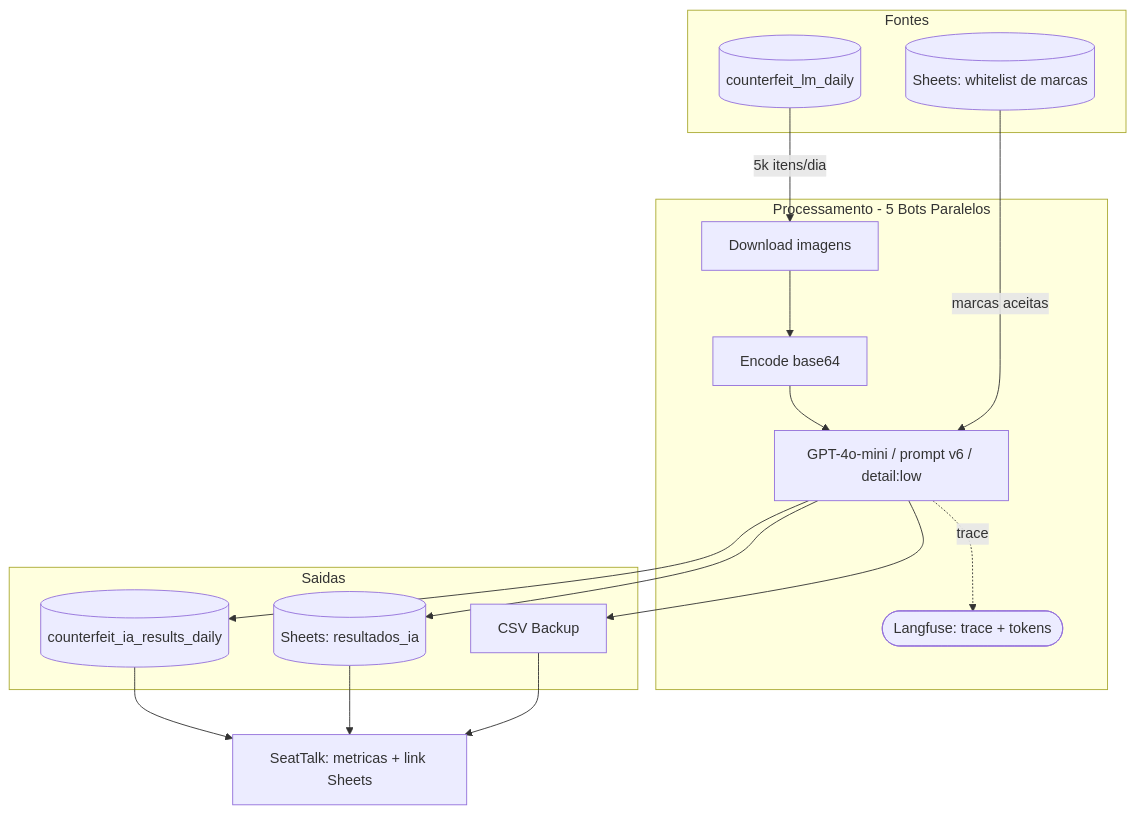
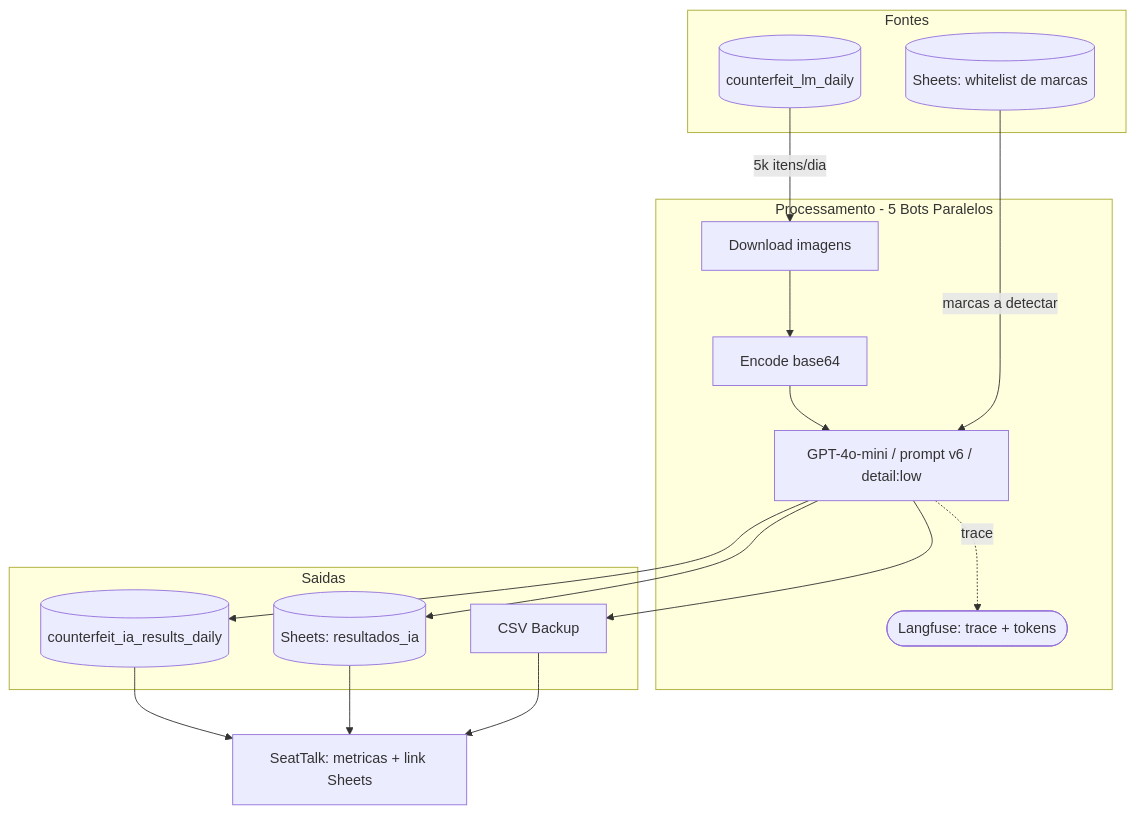
The diagram in WORKFLOW.md (jackelineriqueira/latam_listings_counterfeit_ai_model), drawn with Mermaid before and after one commit. The commit also changed other lines of this file, not shown here.

Commit message:
fix(docs): correct brand list description - brands to detect, not accepted brands

````diff
--- a/WORKFLOW.md
+++ b/WORKFLOW.md
@@ -11,33 +11,33 @@
 ```mermaid
 flowchart TD
     subgraph FONTES[Fontes]
         P1[(counterfeit_lm_daily)]
         GS1[(Sheets: whitelist de marcas)]
     end
 
     subgraph PROC[Processamento - 5 Bots Paralelos]
         B[Download imagens]
         C[Encode base64]
         D[GPT-4o-mini / prompt v6 / detail:low]
         LF([Langfuse: trace + tokens])
         B --> C --> D
         D -.->|trace| LF
     end
 
     subgraph SAIDAS[Saidas]
         P2[(counterfeit_ia_results_daily)]
         CSV[CSV Backup]
         GS2[(Sheets: resultados_ia)]
     end
 
     ST[SeatTalk: metricas + link Sheets]
 
     P1 -->|5k itens/dia| B
-    GS1 -->|marcas aceitas| D
+    GS1 -->|marcas a detectar| D
     D --> P2
     D --> CSV
     D --> GS2
     P2 --> ST
     GS2 --> ST
     CSV --> ST
 ```
````
